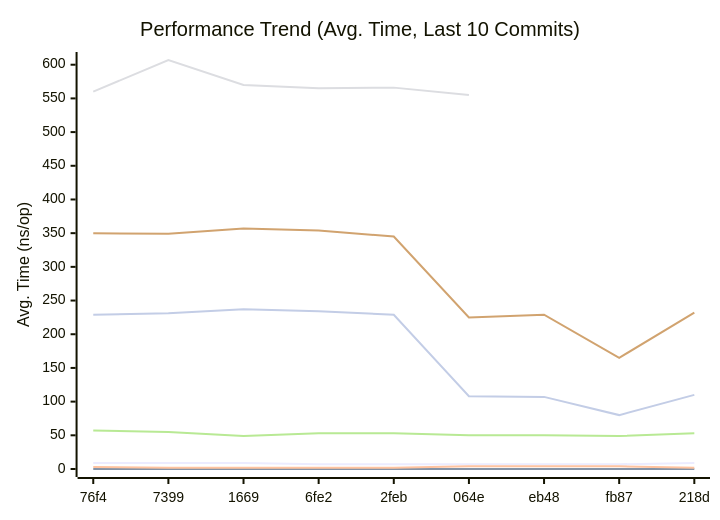
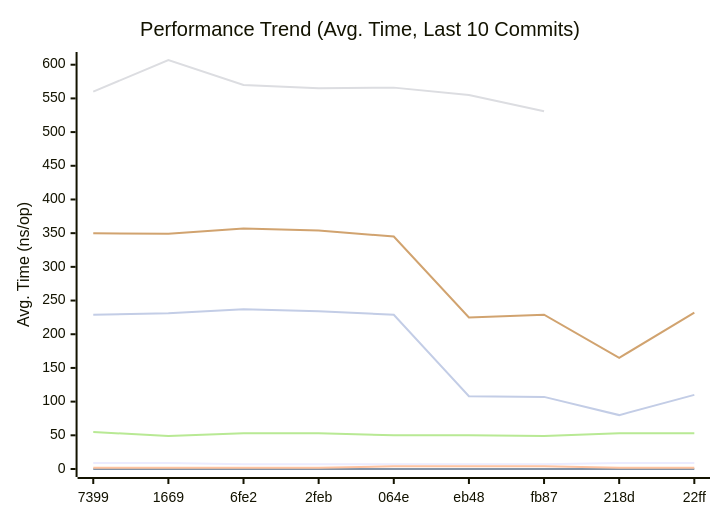
The first of 3 diagrams in doc/README.md (alsotoes/momo), drawn with Mermaid before and after one commit. The commit also changed other lines of this file and 1 other file, not shown here.

````diff
--- a/doc/README.md
+++ b/doc/README.md
@@ -296,14 +296,14 @@
 ```mermaid
 xychart-beta
     title "Performance Trend (Avg. Time, Last 10 Commits)"
     x-axis "Commit"
     y-axis "Avg. Time (ns/op)"
-    x-axis [76f4,7399,1669,6fe2,2feb,064e,eb48,fb87,218d]
-    line "CheckMetricsAndSwap" [9,9,9,7,7,7,7,7,9,9]
+    x-axis [7399,1669,6fe2,2feb,064e,eb48,fb87,218d,22ff]
+    line "CheckMetricsAndSwap" [9,9,7,7,7,7,7,9,9,9]
     line "IndexDirectTracking" [0,0,0,0,0,0,0,0,0,0]
-    line "IndexSearch" [3,2,2,2,2,4,4,4,2,2]
-    line "LoadGlobalConfig" [560,607,570,565,566,555]
-    line "PadString" [57,55,49,53,53,50,50,49,53,53]
+    line "IndexSearch" [2,2,2,2,4,4,4,2,2,3]
+    line "LoadGlobalConfig" [560,607,570,565,566,555,531]
+    line "PadString" [55,49,53,53,50,50,49,53,53,49]
     line "ParseReplicationOrder_NoPrealloc" [350,349,357,354,345,225,229,165,232,234]
     line "ParseReplicationOrder_Prealloc" [229,231,237,234,229,108,107,80,110,109]
 ```
````
